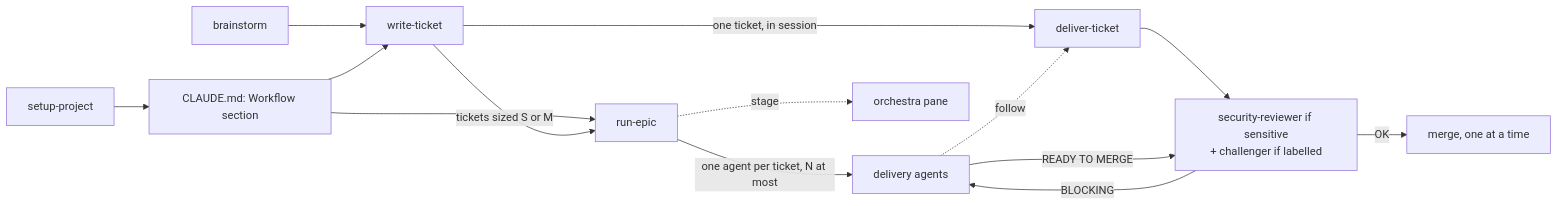
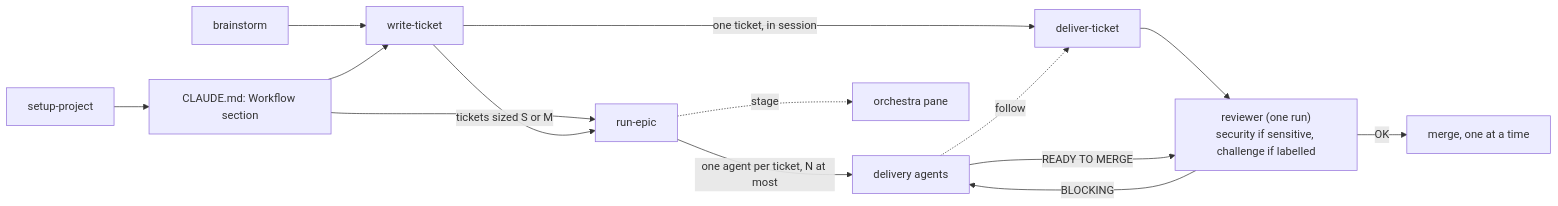
One commit to Xavier-Cliquennois/claude-ticket-flow changed the diagram in README.md. Above: the diagram before and after it, drawn with Mermaid. The commit also changed other lines of this file and 15 other files, not shown here.

First line of the commit message:
feat(ticket-flow): fusionne les revues en un agent reviewer, limite les re-passes et retire fable

````diff
--- a/README.md
+++ b/README.md
@@ -41,16 +41,16 @@
 ```mermaid
 flowchart LR
   S["setup-project"] --> C["CLAUDE.md: Workflow section"]
   B["brainstorm"] --> W["write-ticket"]
   C --> W
   C --> E["run-epic"]
   W -->|"tickets sized S or M"| E
   W -->|"one ticket, in session"| D["deliver-ticket"]
   D --> R
   E -->|"one agent per ticket, N at most"| A["delivery agents"]
   A -.->|"follow"| D
-  A -->|"READY TO MERGE"| R["security-reviewer if sensitive<br/>+ challenger if labelled"]
+  A -->|"READY TO MERGE"| R["reviewer (one run)<br/>security if sensitive, challenge if labelled"]
   R -->|"OK"| M["merge, one at a time"]
   R -->|"BLOCKING"| A
   E -.->|"stage"| O["orchestra pane"]
 ```
````
